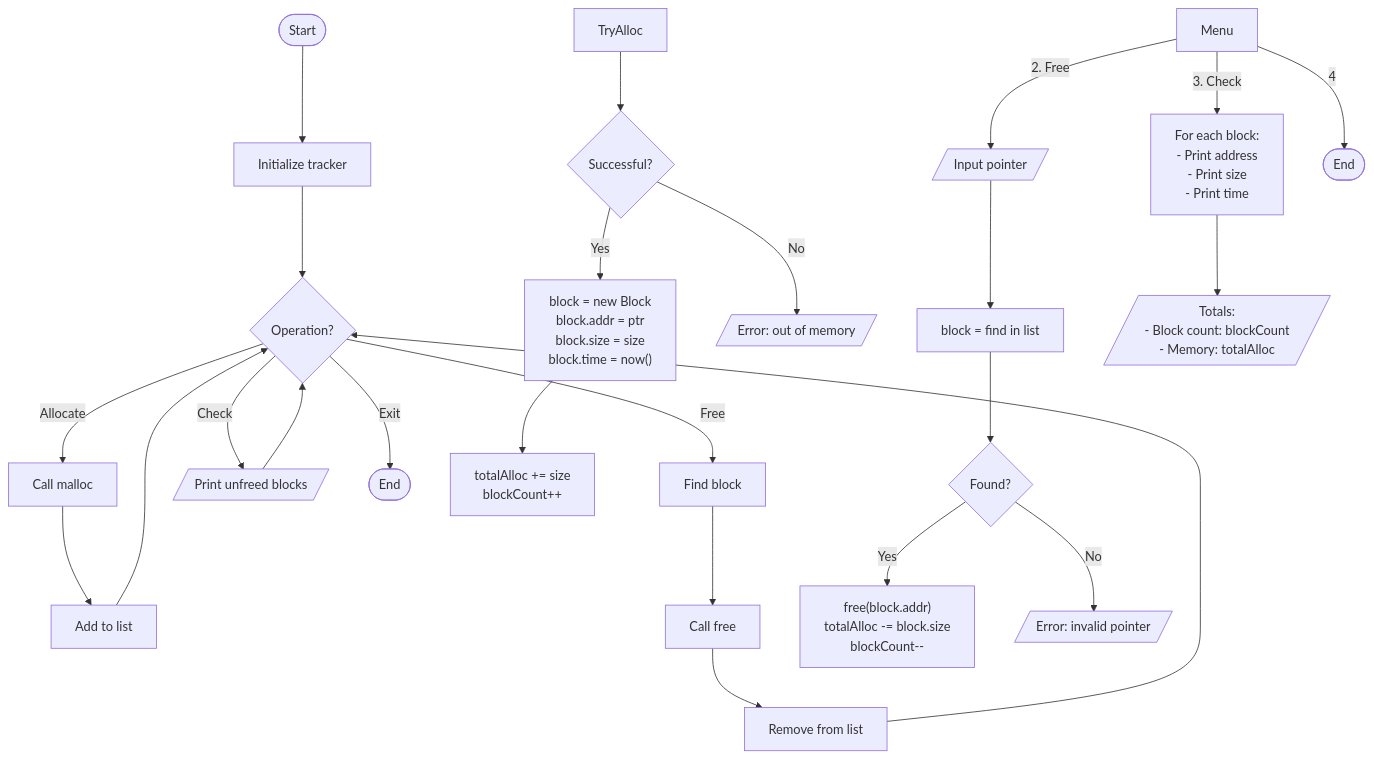
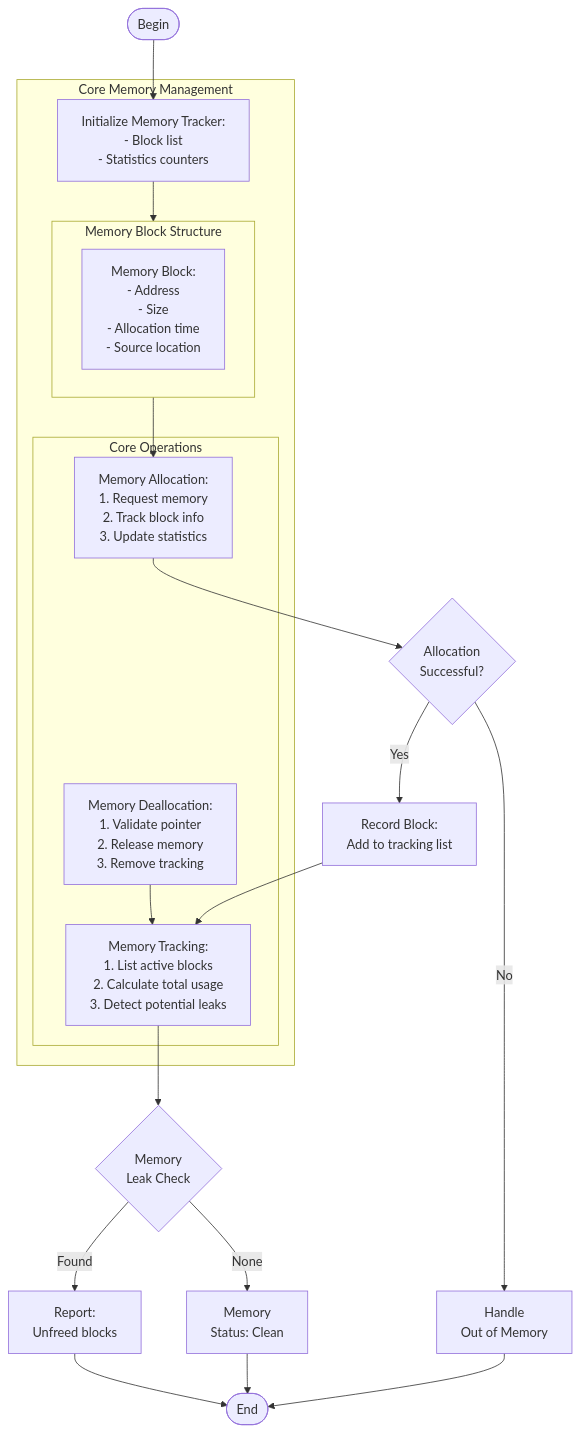
Before and after one commit to toanthanh1/c_code: the diagram in memory_management.md, drawn with Mermaid. The commit also changed other lines of this file and 16 other files, not shown here.

````diff
--- a/memory_management.md
+++ b/memory_management.md
@@ -46,47 +26,60 @@
 ```mermaid
 flowchart TD
-    A([Start]) --> B[Initialize tracker]
-    B --> C{Operation?}
-    C -->|Allocate| D[Call malloc]
-    D --> E[Add to list]
-    C -->|Free| F[Find block]
-    F --> G[Call free]
-    G --> H[Remove from list]
-    C -->|Check| I[/Print unfreed blocks/]
-    H --> C
-    E --> C
-    I --> C
-    C -->|Exit| J([End])
+    Begin([Begin]) --> Init
+
+    subgraph "Core Memory Management"
+        Init["Initialize Memory Tracker:
+        - Block list
+        - Statistics counters"]
+        
+        subgraph "Memory Block Structure"
+            direction LR
+            Block["Memory Block:
+            - Address
+            - Size
+            - Allocation time
+            - Source location"]
+        end
+        
+        subgraph "Core Operations"
+            Alloc["Memory Allocation:
+            1. Request memory
+            2. Track block info
+            3. Update statistics"]
+            
+            Free["Memory Deallocation:
+            1. Validate pointer
+            2. Release memory
+            3. Remove tracking"]
+            
+            Track["Memory Tracking:
+            1. List active blocks
+            2. Calculate total usage
+            3. Detect potential leaks"]
+        end
+    end
+
+    Init --> Block
+    Block --> Alloc
     
-    TryAlloc --> Success{Successful?}
-    Success -->|Yes| Record["block = new Block
-    block.addr = ptr
-    block.size = size
-    block.time = now()"]
+    Alloc --> Check{"Allocation
+    Successful?"}
+    Check -->|Yes| Record["Record Block:
+    Add to tracking list"]
+    Check -->|No| Error["Handle
+    Out of Memory"]
     
-    Record --> UpdateStats["totalAlloc += size
-    blockCount++"]
+    Record --> Track
+    Free --> Track
     
-    Success -->|No| Error1[/Error: out of memory/]
+    Track --> Leak{"Memory
+    Leak Check"}
+    Leak -->|Found| Report["Report:
+    Unfreed blocks"]
+    Leak -->|None| Clean["Memory
+    Status: Clean"]
     
-    Menu -->|2. Free| GetPtr[/Input pointer/]
-    GetPtr --> FindBlock["block = find in list"]
-    
-    FindBlock --> Found{Found?}
-    Found -->|Yes| Free["free(block.addr)
-    totalAlloc -= block.size
-    blockCount--"]
-    
-    Found -->|No| Error2[/Error: invalid pointer/]
-    
-    Menu -->|3. Check| CheckLeak["For each block:
-    - Print address
-    - Print size
-    - Print time"]
-    
-    CheckLeak --> Stats[/"Totals:
-    - Block count: blockCount
-    - Memory: totalAlloc"/]
-    
-    Menu -->|4| Exit([End])
+    Report --> End([End])
+    Clean --> End
+    Error --> End
 ```
````
